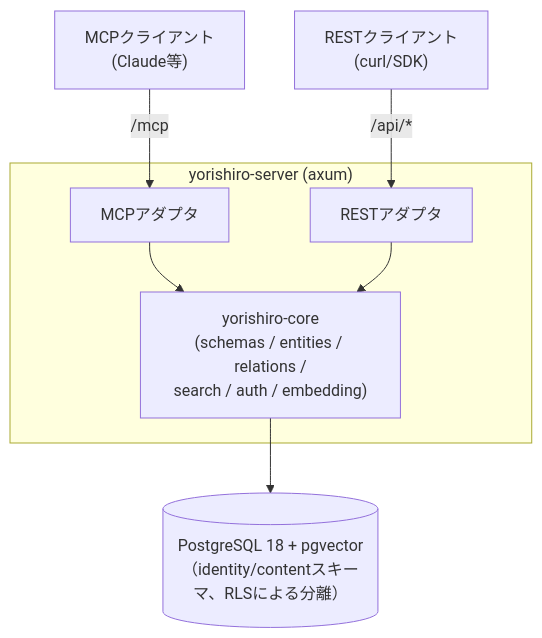
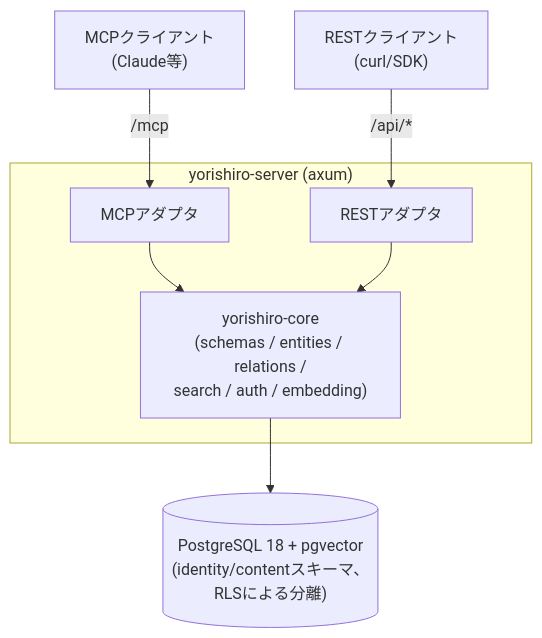
One commit to yorishiro-ai/yorishiro changed the diagram in docs/ja/README.md. Above: the diagram before and after it, drawn with Mermaid. The commit also changed other lines of this file and 14 other files, not shown here.

````diff
--- a/docs/ja/README.md
+++ b/docs/ja/README.md
@@ -13,19 +11,19 @@
 ```mermaid
 flowchart TD
     MCPClient["MCPクライアント<br/>(Claude等)"]
     RESTClient["RESTクライアント<br/>(curl/SDK)"]
 
     subgraph Server["yorishiro-server (axum)"]
         MCPAdapter["MCPアダプタ"]
         RESTAdapter["RESTアダプタ"]
         Core["yorishiro-core<br/>(schemas / entities / relations /<br/>search / auth / embedding)"]
         MCPAdapter --> Core
         RESTAdapter --> Core
     end
 
-    DB[("PostgreSQL 18 + pgvector<br/>（identity/contentスキーマ、RLSによる分離）")]
+    DB[("PostgreSQL 18 + pgvector<br/>(identity/contentスキーマ、RLSによる分離)")]
 
     MCPClient -->|"/mcp"| MCPAdapter
     RESTClient -->|"/api/*"| RESTAdapter
     Core --> DB
 ```
````
